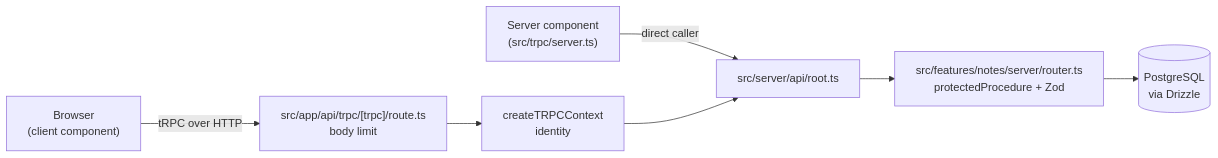
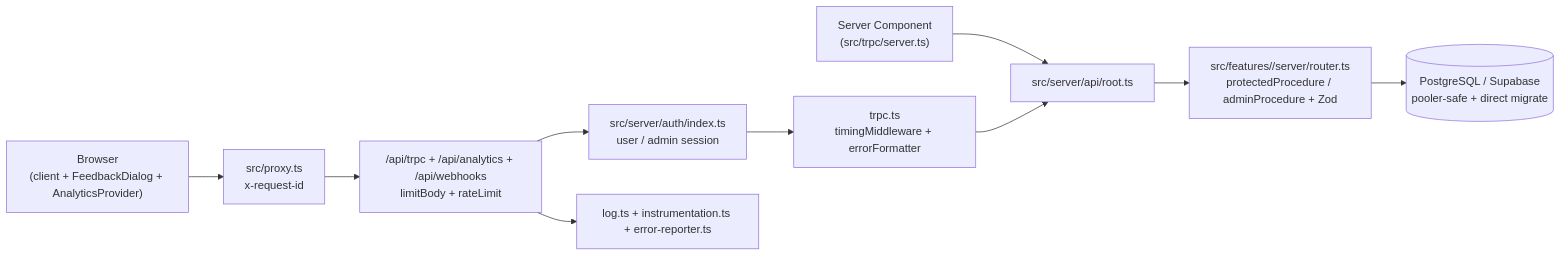
Before and after one commit to tanzhongyan-org/template-fullstack-t3: the diagram in ARCHITECTURE.md, drawn with Mermaid. The commit also changed other lines of this file and 128 other files, not shown here.

````diff
--- a/ARCHITECTURE.md
+++ b/ARCHITECTURE.md
@@ -7,9 +7,12 @@
 ```mermaid
 flowchart LR
-    Browser["Browser<br/>(client component)"] -->|"tRPC over HTTP"| Route["src/app/api/trpc/[trpc]/route.ts<br/>body limit"]
-    RSC["Server component<br/>(src/trpc/server.ts)"] -->|"direct caller"| Root
-    Route --> Ctx["createTRPCContext<br/>identity"]
-    Ctx --> Root["src/server/api/root.ts"]
-    Root --> Router["src/features/notes/server/router.ts<br/>protectedProcedure + Zod"]
-    Router --> DB[("PostgreSQL<br/>via Drizzle")]
+    Browser["Browser<br/>(client + FeedbackDialog + AnalyticsProvider)"] --> Proxy["src/proxy.ts<br/>x-request-id"]
+    RSC["Server Component<br/>(src/trpc/server.ts)"] --> Root["src/server/api/root.ts"]
+    Proxy --> Api["/api/trpc + /api/analytics + /api/webhooks<br/>limitBody + rateLimit"]
+    Api --> Auth["src/server/auth/index.ts<br/>user / admin session"]
+    Auth --> Ctx["trpc.ts<br/>timingMiddleware + errorFormatter"]
+    Ctx --> Root
+    Root --> Router["src/features/<name>/server/router.ts<br/>protectedProcedure / adminProcedure + Zod"]
+    Router --> DB[("PostgreSQL / Supabase<br/>pooler-safe + direct migrate")]
+    Api --> Obs["log.ts + instrumentation.ts + error-reporter.ts"]
 ```
````
